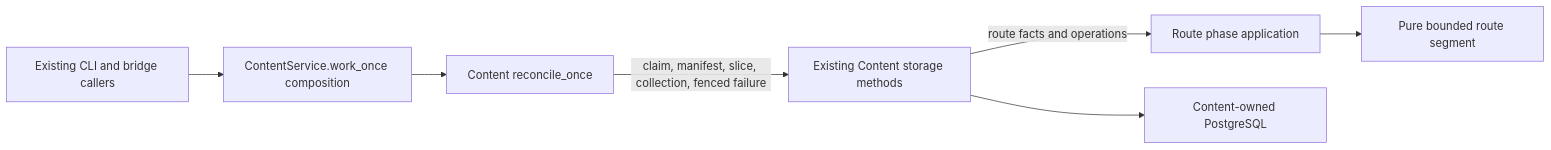
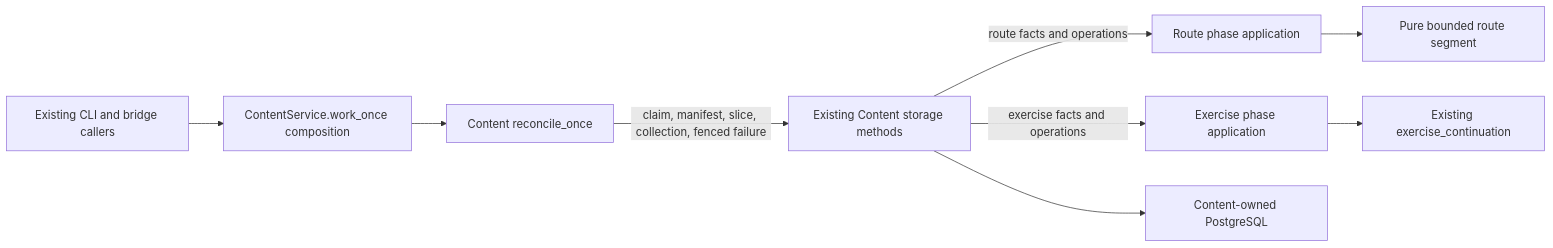
Before and after one commit to aaweaver-actuary/tempo: the first of 3 diagrams in services/content/src/tempo_content/worker/README.md, drawn with Mermaid. The commit also changed other lines of this file and 12 other files, not shown here.

Commit message:
Move Content exercise application sequence outside database storage

````diff
--- a/services/content/src/tempo_content/worker/README.md
+++ b/services/content/src/tempo_content/worker/README.md
@@ -8,9 +8,11 @@
 ```mermaid
 flowchart LR
   callers[Existing CLI and bridge callers] --> composition[ContentService.work_once composition]
   composition --> application[Content reconcile_once]
   application -->|claim, manifest, slice, collection, fenced failure| storage[Existing Content storage methods]
   storage -->|route facts and operations| routes[Route phase application]
   routes --> segment[Pure bounded route segment]
+  storage -->|exercise facts and operations| exercises[Exercise phase application]
+  exercises --> policy[Existing exercise_continuation]
   storage --> database[Content-owned PostgreSQL]
 ```
````
